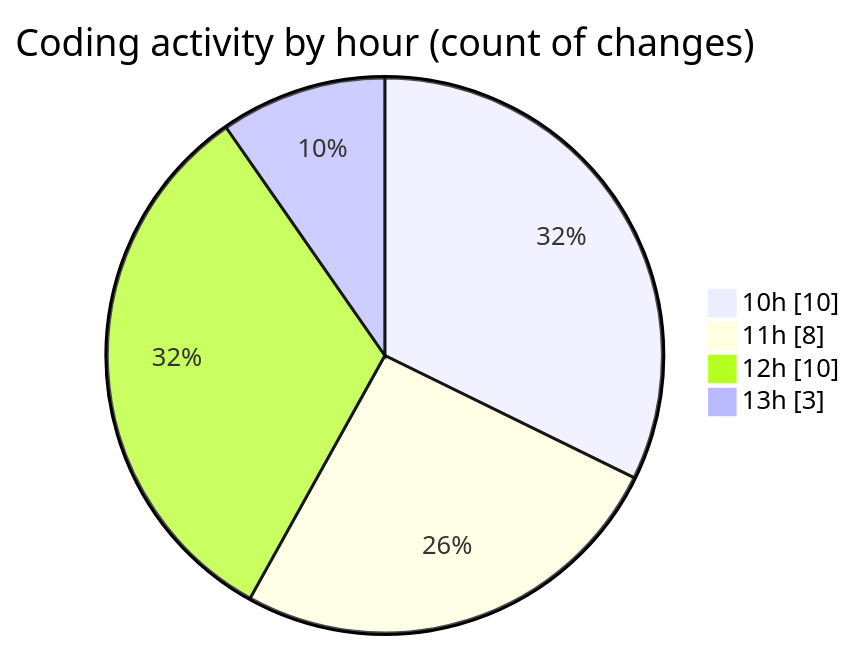
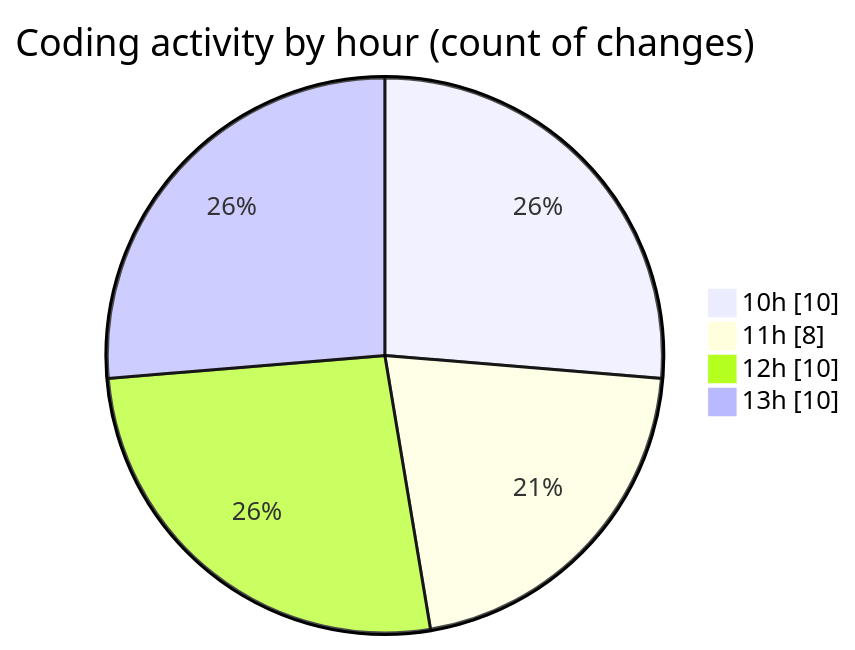
One commit to nxtqubesakshisongat/code-tracking changed the second of 2 diagrams in 2025-07-29/nxtqube_webapp/README.md. Above: the diagram before and after it, drawn with Mermaid. The commit also changed other lines of this file and 1 other file, not shown here.

````diff
--- a/2025-07-29/nxtqube_webapp/README.md
+++ b/2025-07-29/nxtqube_webapp/README.md
@@ -35,8 +35,8 @@
 ```mermaid
 pie showData
 title Coding activity by hour (count of changes)
 "10h" : 10
 "11h" : 8
 "12h" : 10
-"13h" : 3
+"13h" : 10
 ```
````
